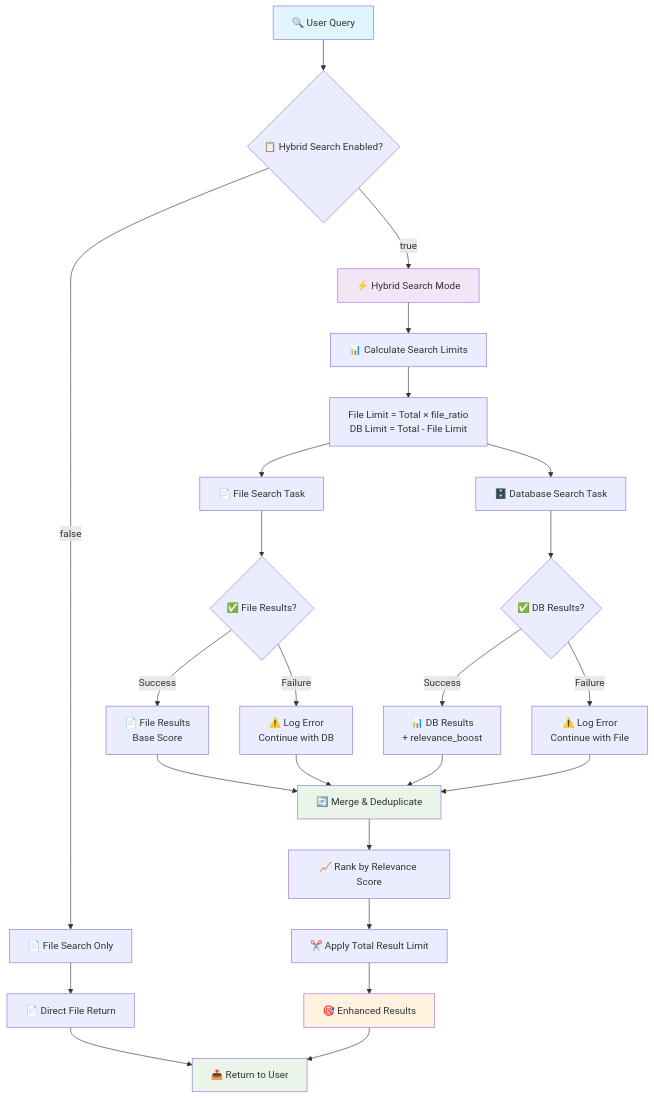
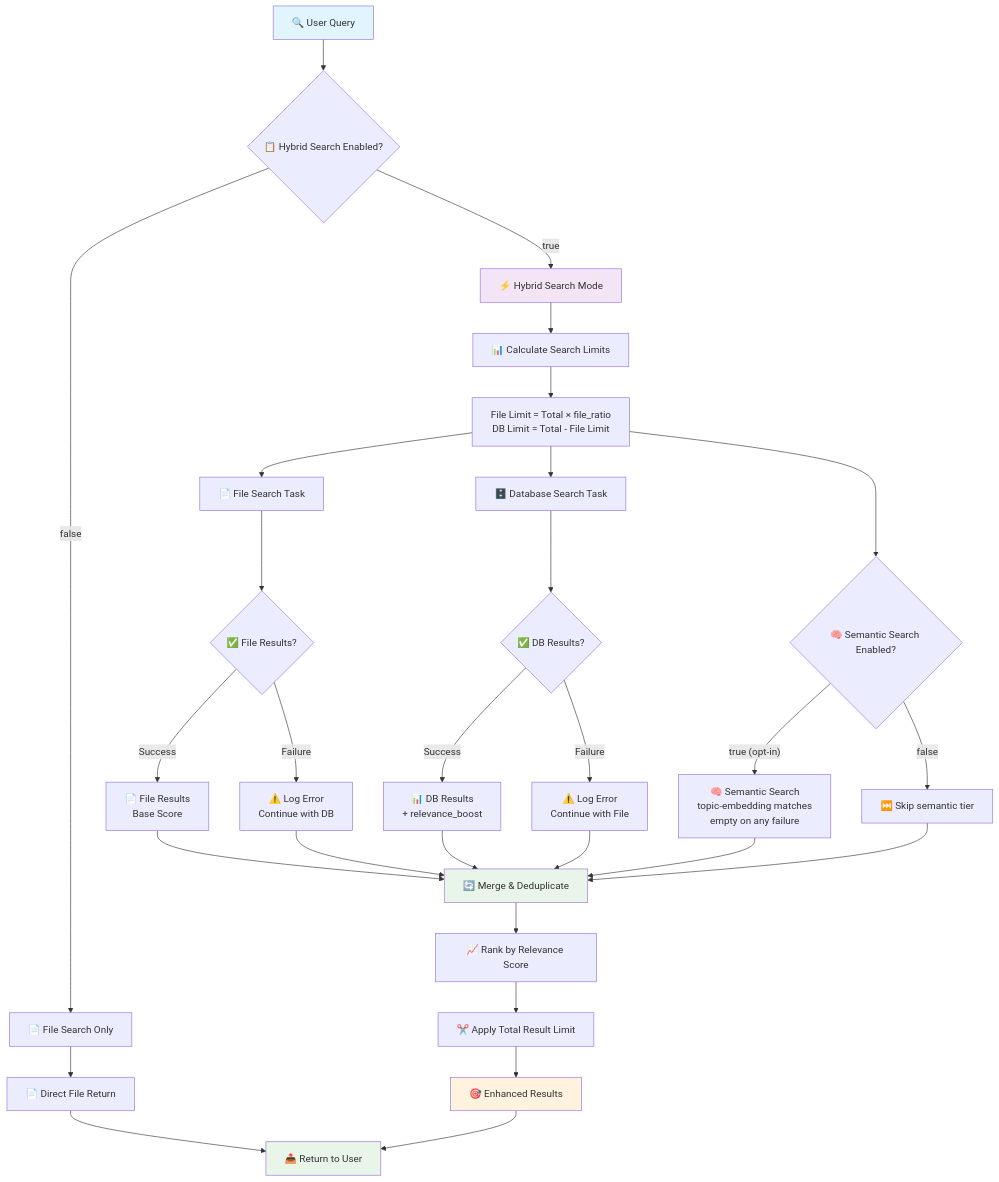
Before and after one commit to aucontraire/cognivault: the diagram in docs/agents/historian-search-flow.md, drawn with Mermaid. The commit also changed other lines of this file and 47 other files, not shown here.

````diff
--- a/docs/agents/historian-search-flow.md
+++ b/docs/agents/historian-search-flow.md
@@ -8,40 +8,46 @@
 ```mermaid
 flowchart TD
     A[🔍 User Query] --> B{📋 Hybrid Search Enabled?}
     
     B -->|false| C[📄 File Search Only]
     B -->|true| D[⚡ Hybrid Search Mode]
     
     D --> E[📊 Calculate Search Limits]
     E --> F["File Limit = Total × file_ratio<br/>DB Limit = Total - File Limit"]
     
     F --> G[📄 File Search Task]
     F --> H[🗄️ Database Search Task]
-    
+    F --> SS{🧠 Semantic Search Enabled?}
+
+    SS -->|"true (opt-in)"| ST[🧠 Semantic Search<br/>topic-embedding matches<br/>empty on any failure]
+    SS -->|false| SK[⏭️ Skip semantic tier]
+
     G --> I{✅ File Results?}
     H --> J{✅ DB Results?}
     
     I -->|Success| K[📄 File Results<br/>Base Score]
     I -->|Failure| L[⚠️ Log Error<br/>Continue with DB]
     J -->|Success| M[📊 DB Results<br/>+ relevance_boost]
     J -->|Failure| N[⚠️ Log Error<br/>Continue with File]
     
     K --> O[🔄 Merge & Deduplicate]
     M --> O
     L --> O
     N --> O
+    ST --> O
+    SK --> O
     
     O --> P[📈 Rank by Relevance Score]
     P --> Q[✂️ Apply Total Result Limit]
     Q --> R[🎯 Enhanced Results]
     R --> S[📤 Return to User]
     
     C --> T[📄 Direct File Return]
     T --> S
     
     style A fill:#e1f5fe
     style D fill:#f3e5f5
     style O fill:#e8f5e8
     style R fill:#fff3e0
     style S fill:#e8f5e8
 ```
````
